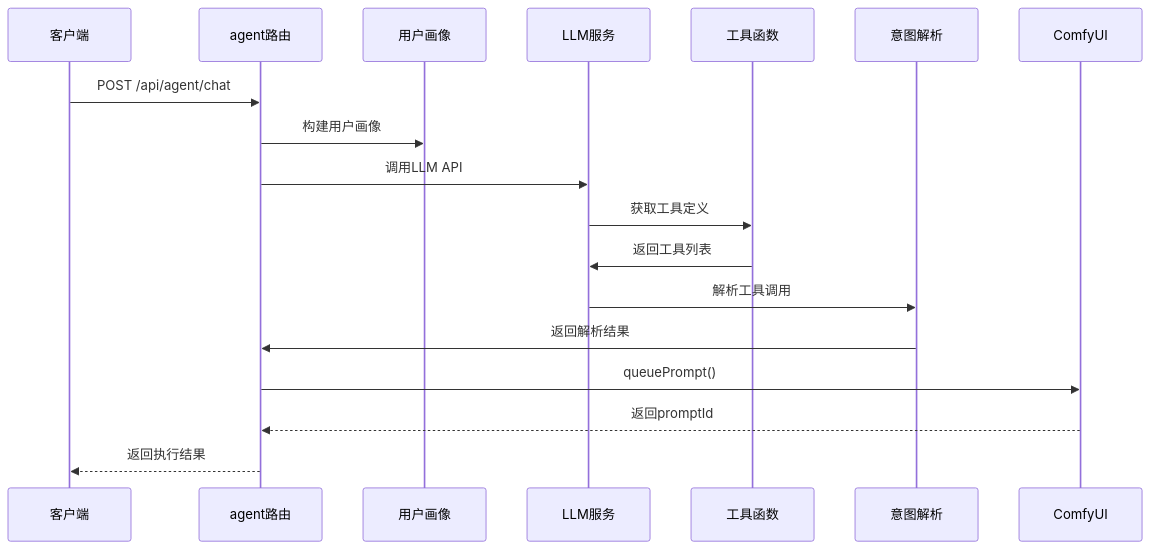
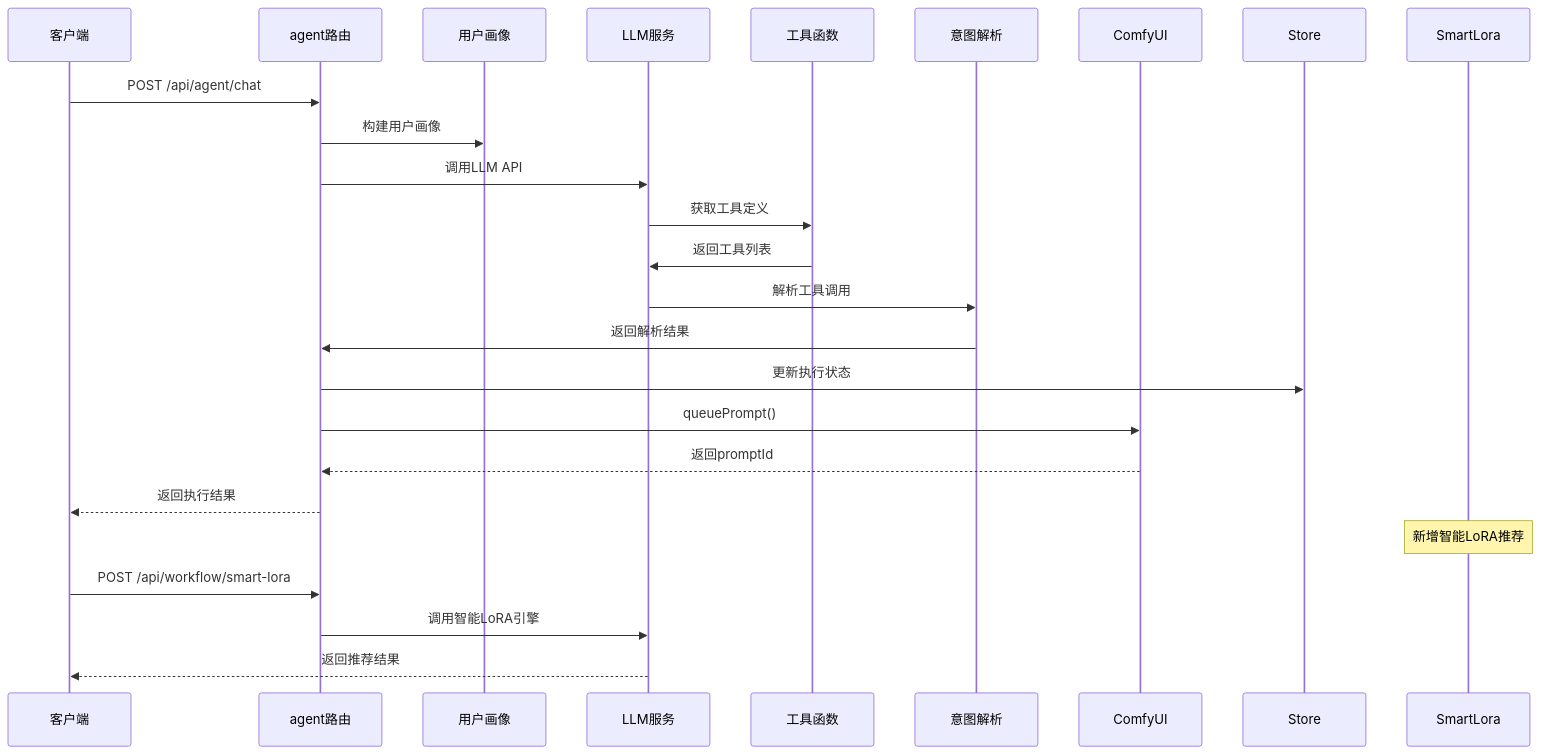
Before and after one commit to billye220670/CorineKit_Pix2Real: the sixth of 9 diagrams in .qoder/repowiki/zh/content/AI浮动按钮组件.md, drawn with Mermaid. The commit also changed other lines of this file and 11 other files, not shown here.

````diff
--- a/.qoder/repowiki/zh/content/AI浮动按钮组件.md
+++ b/.qoder/repowiki/zh/content/AI浮动按钮组件.md
@@ -285,20 +337,25 @@
 ```mermaid
 sequenceDiagram
 participant Client as 客户端
 participant Route as agent路由
 participant Profile as 用户画像
 participant LLM as LLM服务
 participant Tools as 工具函数
 participant Parser as 意图解析
 participant Comfy as ComfyUI
 Client->>Route : POST /api/agent/chat
 Route->>Profile : 构建用户画像
 Route->>LLM : 调用LLM API
 LLM->>Tools : 获取工具定义
 Tools->>LLM : 返回工具列表
 LLM->>Parser : 解析工具调用
 Parser->>Route : 返回解析结果
+Route->>Store : 更新执行状态
 Route->>Comfy : queuePrompt()
 Comfy-->>Route : 返回promptId
 Route-->>Client : 返回执行结果
+Note over SmartLora : 新增智能LoRA推荐
+Client->>Route : POST /api/workflow/smart-lora
+Route->>LLM : 调用智能LoRA引擎
+LLM-->>Client : 返回推荐结果
 ```
````
